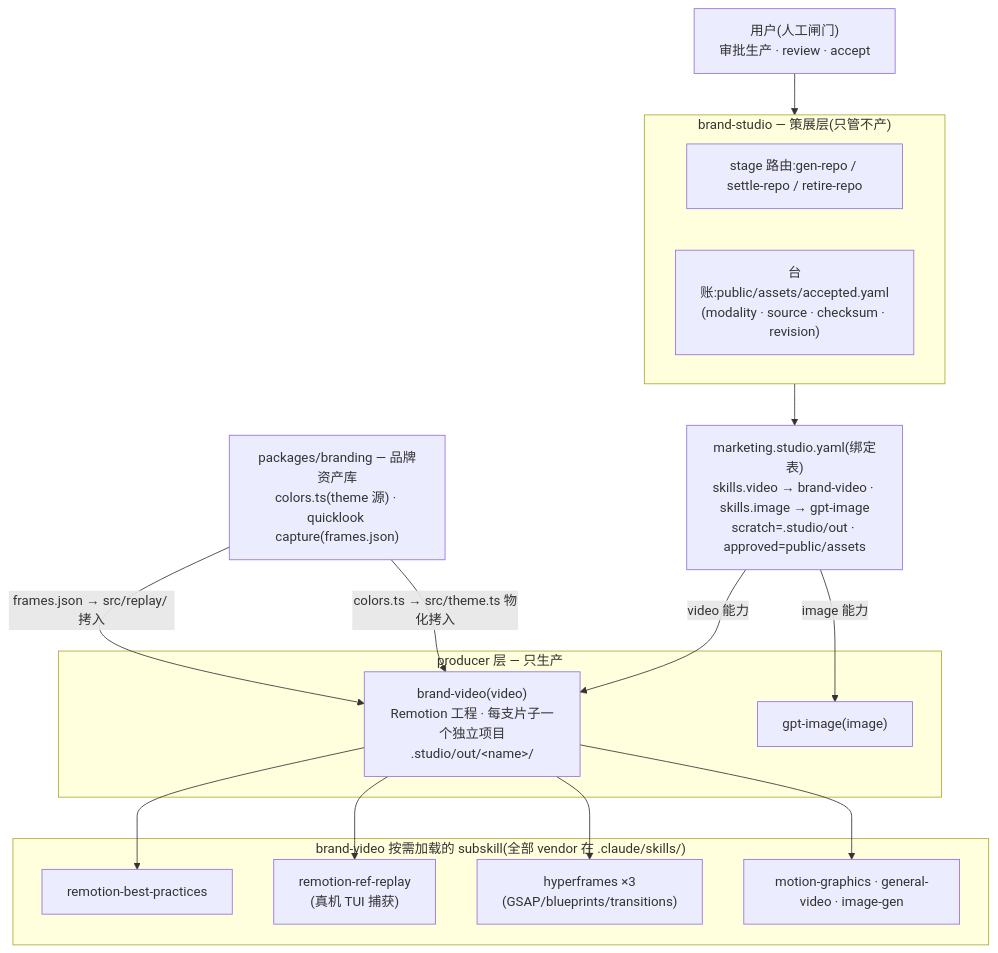
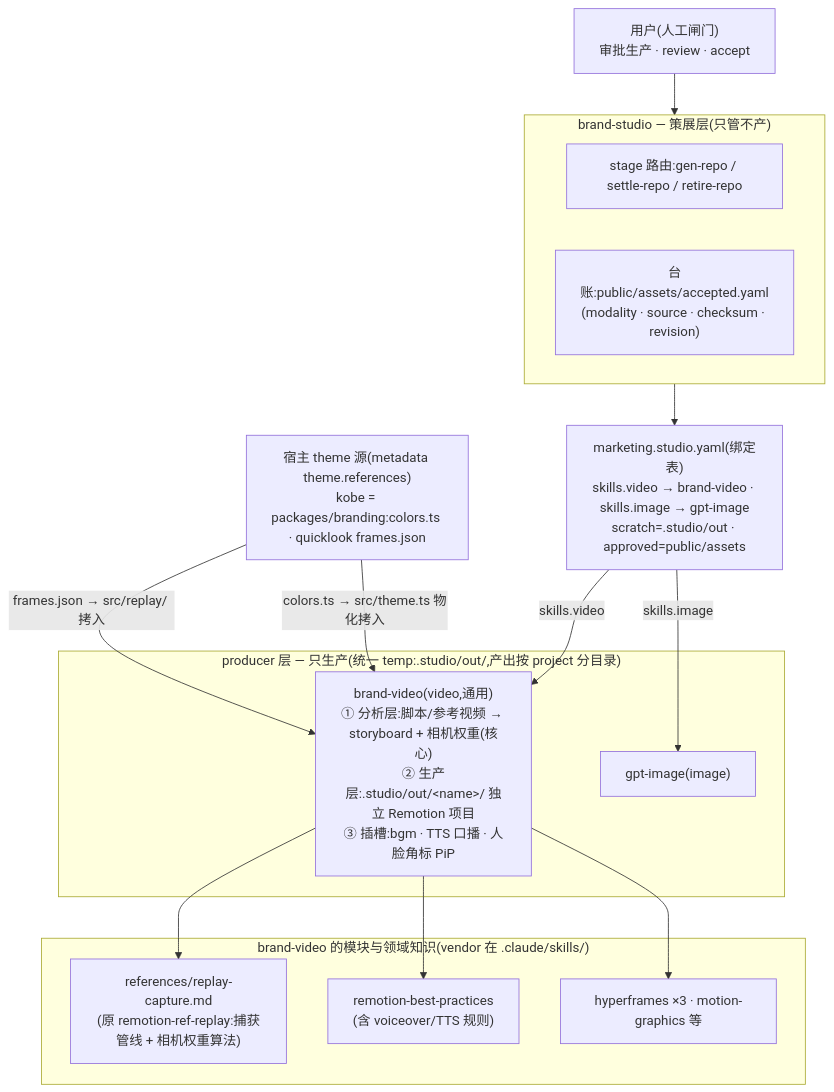
Before and after one commit to Sma1lboy/kobe: the first of 2 diagrams in docs/design/brand-studio.md, drawn with Mermaid. The commit also changed other lines of this file and 5 other files, not shown here.

First line of the commit message:
feat(brand-video): merge remotion-ref-replay into the one generic video producer

````diff
--- a/docs/design/brand-studio.md
+++ b/docs/design/brand-studio.md
@@ -9,33 +22,32 @@
 ```mermaid
 flowchart TB
   user["用户(人工闸门)<br/>审批生产 · review · accept"]
 
   subgraph studio["brand-studio — 策展层(只管不产)"]
     stages["stage 路由:gen-repo / settle-repo / retire-repo"]
     ledger["台账:public/assets/accepted.yaml<br/>(modality · source · checksum · revision)"]
   end
 
   meta["marketing.studio.yaml(绑定表)<br/>skills.video → brand-video · skills.image → gpt-image<br/>scratch=.studio/out · approved=public/assets"]
 
-  subgraph producers["producer 层 — 只生产"]
-    bv["brand-video(video)<br/>Remotion 工程 · 每支片子一个独立项目<br/>.studio/out/&lt;name&gt;/"]
+  subgraph producers["producer 层 — 只生产(统一 temp:.studio/out/,产出按 project 分目录)"]
+    bv["brand-video(video,通用)<br/>① 分析层:脚本/参考视频 → storyboard + 相机权重(核心)<br/>② 生产层:.studio/out/&lt;name&gt;/ 独立 Remotion 项目<br/>③ 插槽:bgm · TTS 口播 · 人脸角标 PiP"]
     gi["gpt-image(image)"]
   end
 
-  subgraph subskills["brand-video 按需加载的 subskill(全部 vendor 在 .claude/skills/)"]
-    rbp["remotion-best-practices"]
-    rrr["remotion-ref-replay<br/>(真机 TUI 捕获)"]
-    hf["hyperframes ×3<br/>(GSAP/blueprints/transitions)"]
-    misc["motion-graphics · general-video · image-gen"]
+  subgraph modules["brand-video 的模块与领域知识(vendor 在 .claude/skills/)"]
+    rc["references/replay-capture.md<br/>(原 remotion-ref-replay:捕获管线 + 相机权重算法)"]
+    rbp["remotion-best-practices<br/>(含 voiceover/TTS 规则)"]
+    hf["hyperframes ×3 · motion-graphics 等"]
   end
 
-  branding["packages/branding — 品牌资产库<br/>colors.ts(theme 源) · quicklook capture(frames.json)"]
+  branding["宿主 theme 源(metadata theme.references)<br/>kobe = packages/branding:colors.ts · quicklook frames.json"]
 
   user --> studio
   studio --> meta
-  meta -->|"video 能力"| bv
-  meta -->|"image 能力"| gi
-  bv --> rbp & rrr & hf & misc
+  meta -->|"skills.video"| bv
+  meta -->|"skills.image"| gi
+  bv --> rc & rbp & hf
   branding -->|"colors.ts → src/theme.ts 物化拷入"| bv
   branding -->|"frames.json → src/replay/ 拷入"| bv
 ```
````
